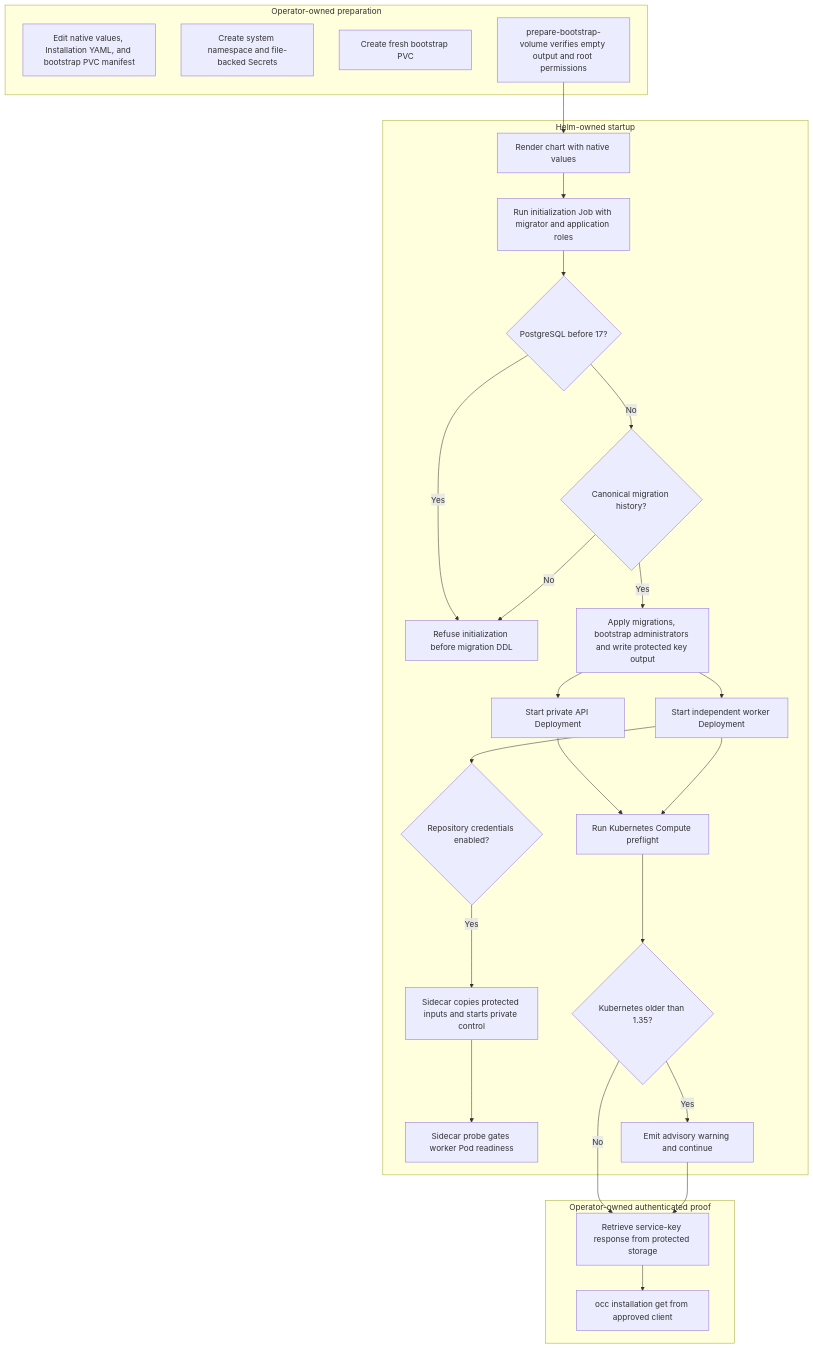
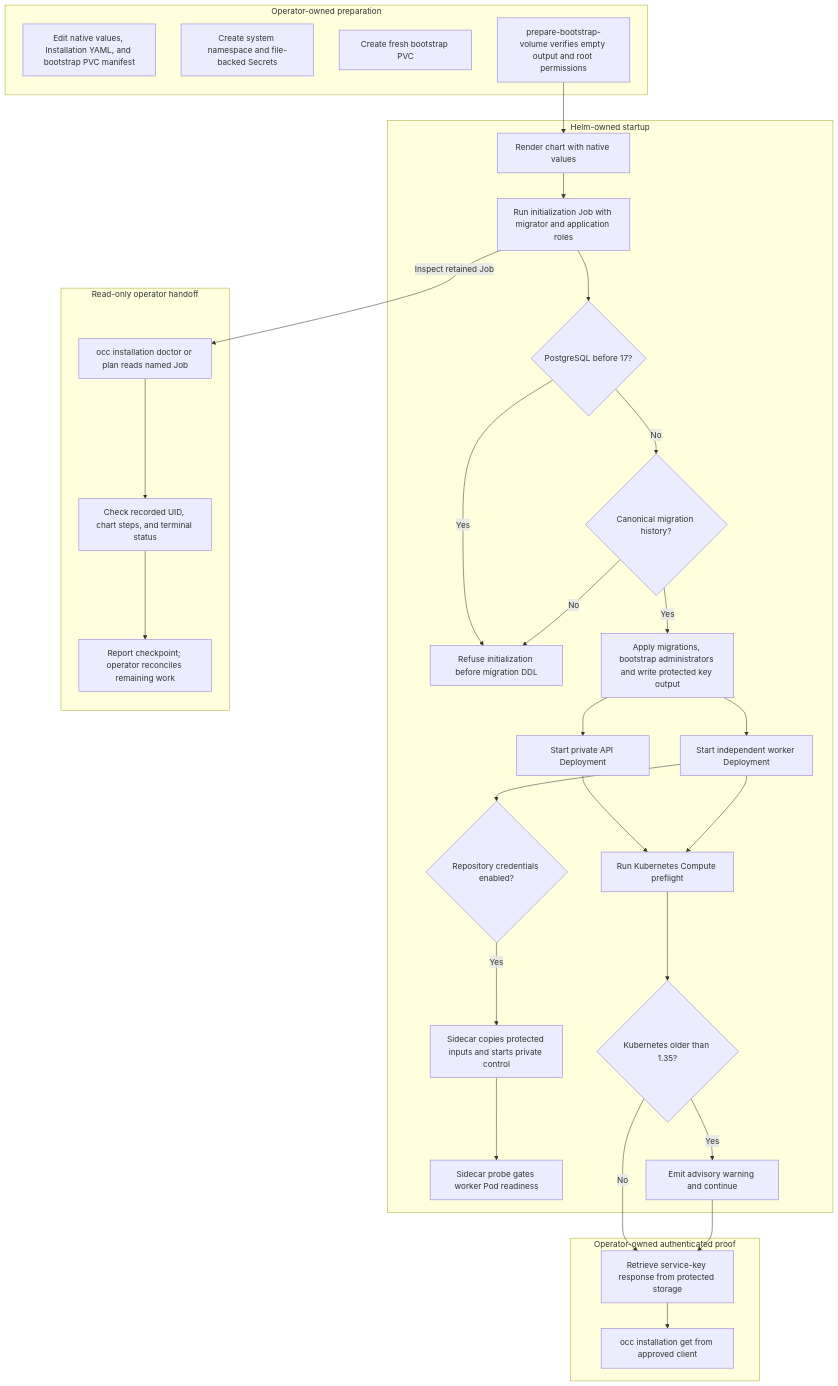
The diagram in docs/flows/production-startup.md (openclaw/openclaw-enterprise), drawn with Mermaid before and after one commit. The commit also changed other lines of this file and 17 other files, not shown here.

````diff
--- a/docs/flows/production-startup.md
+++ b/docs/flows/production-startup.md
@@ -34,32 +34,37 @@
 ```mermaid
 graph TD
     subgraph Operator["Operator-owned preparation"]
         A["Edit native values, Installation YAML, and bootstrap PVC manifest"]
         B["Create system namespace and file-backed Secrets"]
         C["Create fresh bootstrap PVC"]
         D["prepare-bootstrap-volume verifies empty output and root permissions"]
     end
     subgraph Helm["Helm-owned startup"]
         D --> E["Render chart with native values"]
         E --> F["Run initialization Job with migrator and application roles"]
         F --> V{"PostgreSQL before 17?"}
         V -->|Yes| P["Refuse initialization before migration DDL"]
         V -->|No| O{"Canonical migration history?"}
         O -->|No| P
         O -->|Yes| G["Apply migrations, bootstrap administrators and write protected key output"]
         G --> H["Start private API Deployment"]
         G --> I["Start independent worker Deployment"]
         I --> R{"Repository credentials enabled?"}
         R -->|Yes| S["Sidecar copies protected inputs and starts private control"]
         S --> Q["Sidecar probe gates worker Pod readiness"]
         H --> L["Run Kubernetes Compute preflight"]
         I --> L
         L --> M{"Kubernetes older than 1.35?"}
         M -->|Yes| N["Emit advisory warning and continue"]
     end
+    subgraph Handoff["Read-only operator handoff"]
+        F -->|Inspect retained Job| T["occ installation doctor or plan reads named Job"]
+        T --> U["Check recorded UID, chart steps, and terminal status"]
+        U --> W["Report checkpoint; operator reconciles remaining work"]
+    end
     subgraph Proof["Operator-owned authenticated proof"]
         M -->|No| J["Retrieve service-key response from protected storage"]
         N --> J
         J --> K["occ installation get from approved client"]
     end
 ```
````
